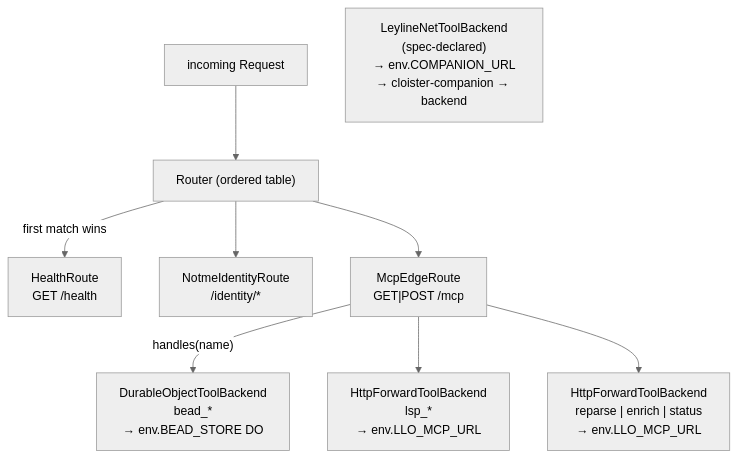
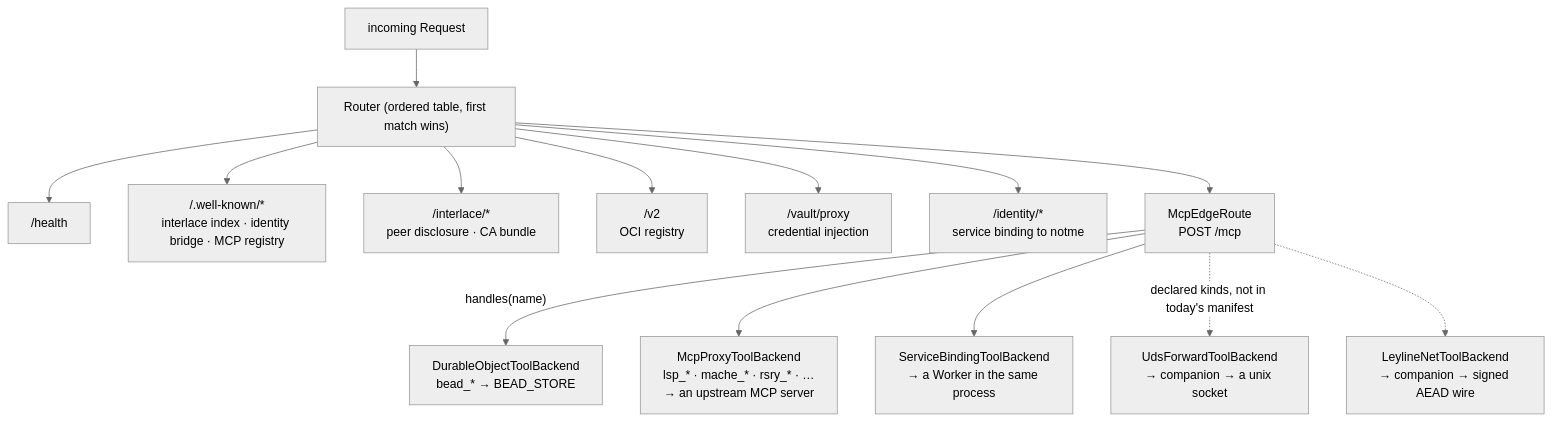
One commit to agentic-research/cloister changed the fourth of 16 diagrams in docs/ARCHITECTURE.md. Above: the diagram before and after it, drawn with Mermaid (neutral theme). The commit also changed other lines of this file, not shown here.

First line of the commit message:
[cloister-ca2582] docs(architecture): describe both halves as they are now (#324)

````diff
--- a/docs/ARCHITECTURE.md
+++ b/docs/ARCHITECTURE.md
@@ -86,21 +165,33 @@
 ```mermaid
 graph TB
     REQ["incoming Request"]
-    R["Router (ordered table)"]
-    H["HealthRoute\nGET /health"]
-    I["NotmeIdentityRoute\n/identity/*"]
-    M["McpEdgeRoute\nGET|POST /mcp"]
+    R["Router (ordered table, first match wins)"]
 
-    B["DurableObjectToolBackend\nbead_*\n→ env.BEAD_STORE DO"]
-    L["HttpForwardToolBackend\nlsp_*\n→ env.LLO_MCP_URL"]
-    F["HttpForwardToolBackend\nreparse | enrich | status\n→ env.LLO_MCP_URL"]
-    LN["LeylineNetToolBackend\n(spec-declared)\n→ env.COMPANION_URL\n→ cloister-companion → backend"]
+    H["/health"]
+    WK["/.well-known/*<br/>interlace index · identity bridge · MCP registry"]
+    IL["/interlace/*<br/>peer disclosure · CA bundle"]
+    OCI["/v2<br/>OCI registry"]
+    VP["/vault/proxy<br/>credential injection"]
+    ID["/identity/*<br/>service binding to notme"]
+    M["McpEdgeRoute<br/>POST /mcp"]
+
+    DO["DurableObjectToolBackend<br/>bead_* → BEAD_STORE"]
+    MP["McpProxyToolBackend<br/>lsp_* · mache_* · rsry_* · …<br/>→ an upstream MCP server"]
+    SB["ServiceBindingToolBackend<br/>→ a Worker in the same process"]
+    UDS["UdsForwardToolBackend<br/>→ companion → a unix socket"]
+    LN["LeylineNetToolBackend<br/>→ companion → signed AEAD wire"]
 
     REQ --> R
-    R -->|first match wins| H
-    R --> I
+    R --> H
+    R --> WK
+    R --> IL
+    R --> OCI
+    R --> VP
+    R --> ID
     R --> M
-    M -->|"handles(name)"| B
-    M --> L
-    M --> F
+    M -->|"handles(name)"| DO
+    M --> MP
+    M --> SB
+    M -.->|"declared kinds, not in today's manifest"| UDS
+    M -.-> LN
 ```
````
